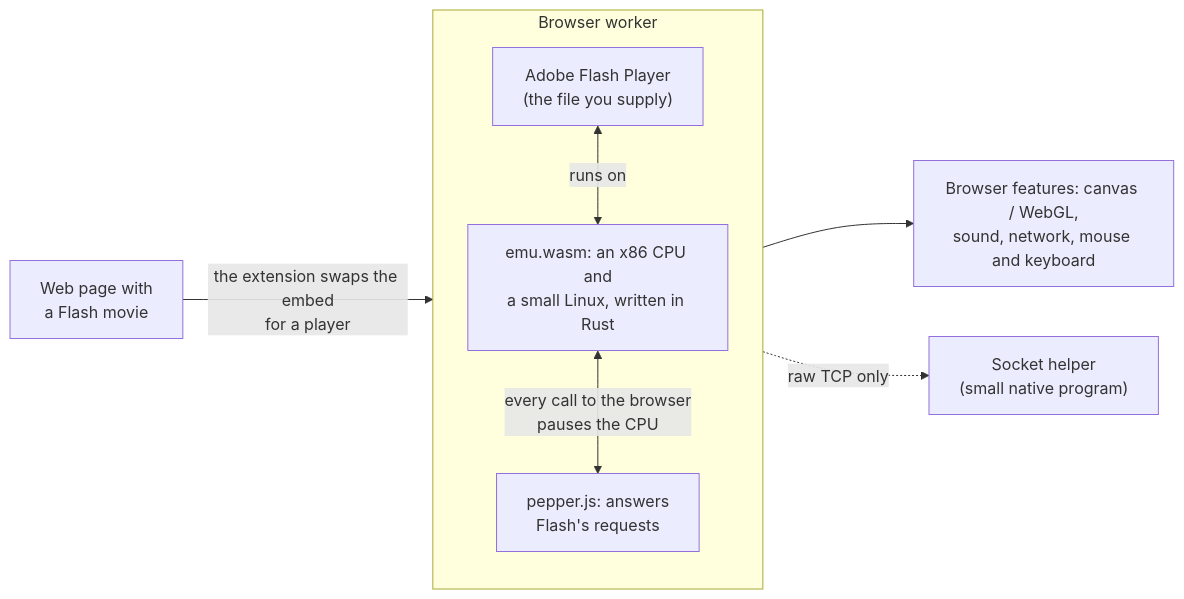
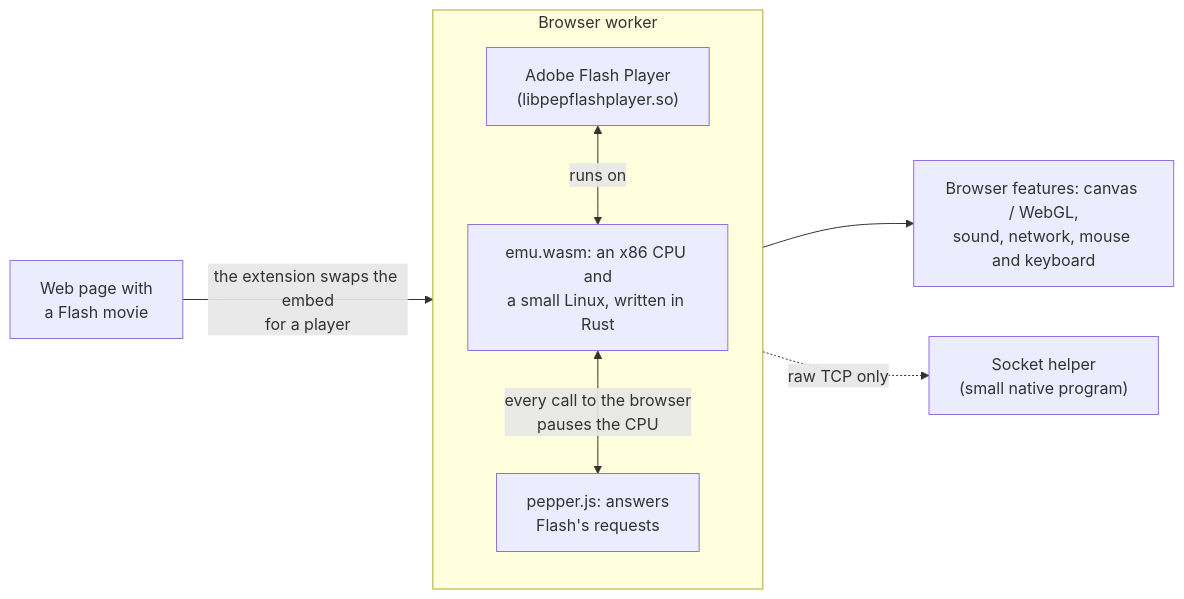
One commit to khoaakt/flash-runner changed the first of 2 diagrams in README.md. Above: the diagram before and after it, drawn with Mermaid. The commit also changed other lines of this file and 9 other files, not shown here.

First line of the commit message:
Docs: plainer wording about Flash Player and the vendor-private directory

````diff
--- a/README.md
+++ b/README.md
@@ -11,14 +11,14 @@
 ```mermaid
 flowchart LR
     page["Web page with<br/>a Flash movie"] -->|the extension swaps the embed<br/>for a player| worker
     subgraph worker["Browser worker"]
         direction TB
-        flash["Adobe Flash Player<br/>(the file you supply)"]
+        flash["Adobe Flash Player<br/>(libpepflashplayer.so)"]
         emu["emu.wasm: an x86 CPU and<br/>a small Linux, written in Rust"]
         host["pepper.js: answers<br/>Flash's requests"]
         flash <-->|runs on| emu
         emu <-->|every call to the browser<br/>pauses the CPU| host
     end
     host --> web["Browser features: canvas / WebGL,<br/>sound, network, mouse and keyboard"]
     host -.->|raw TCP only| helper["Socket helper<br/>(small native program)"]
 ```
````
